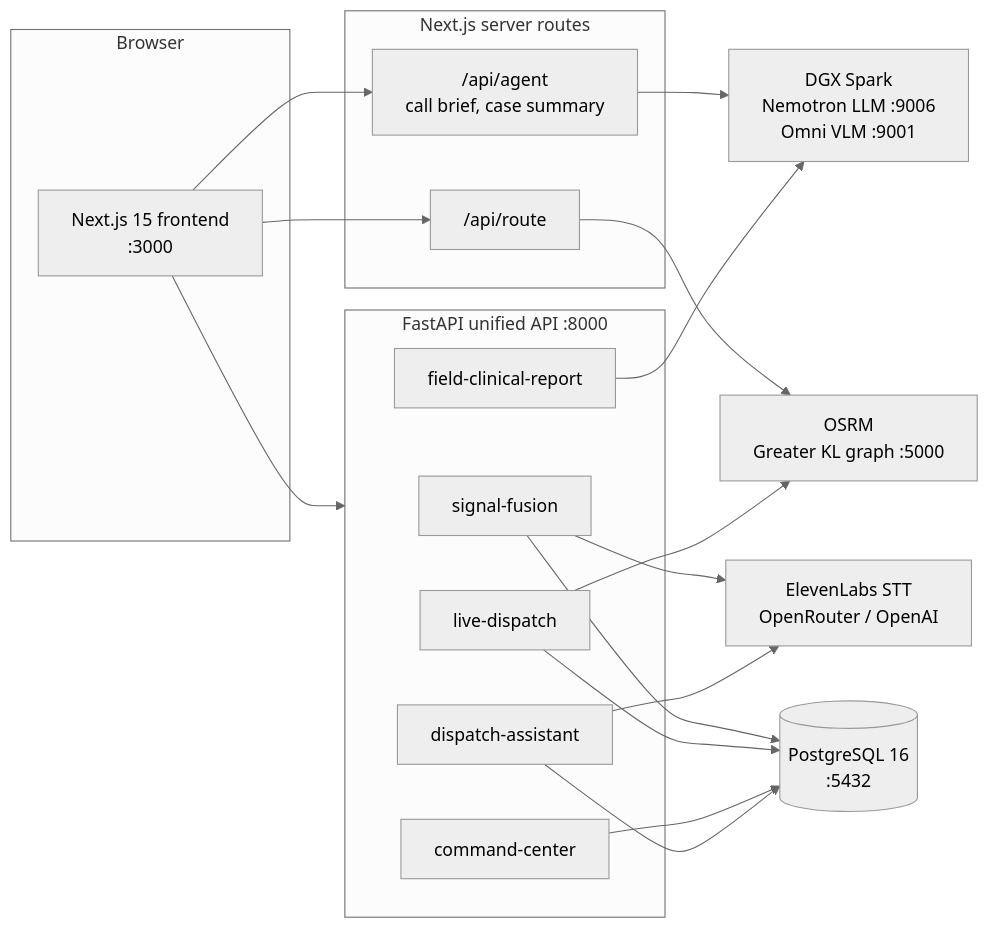
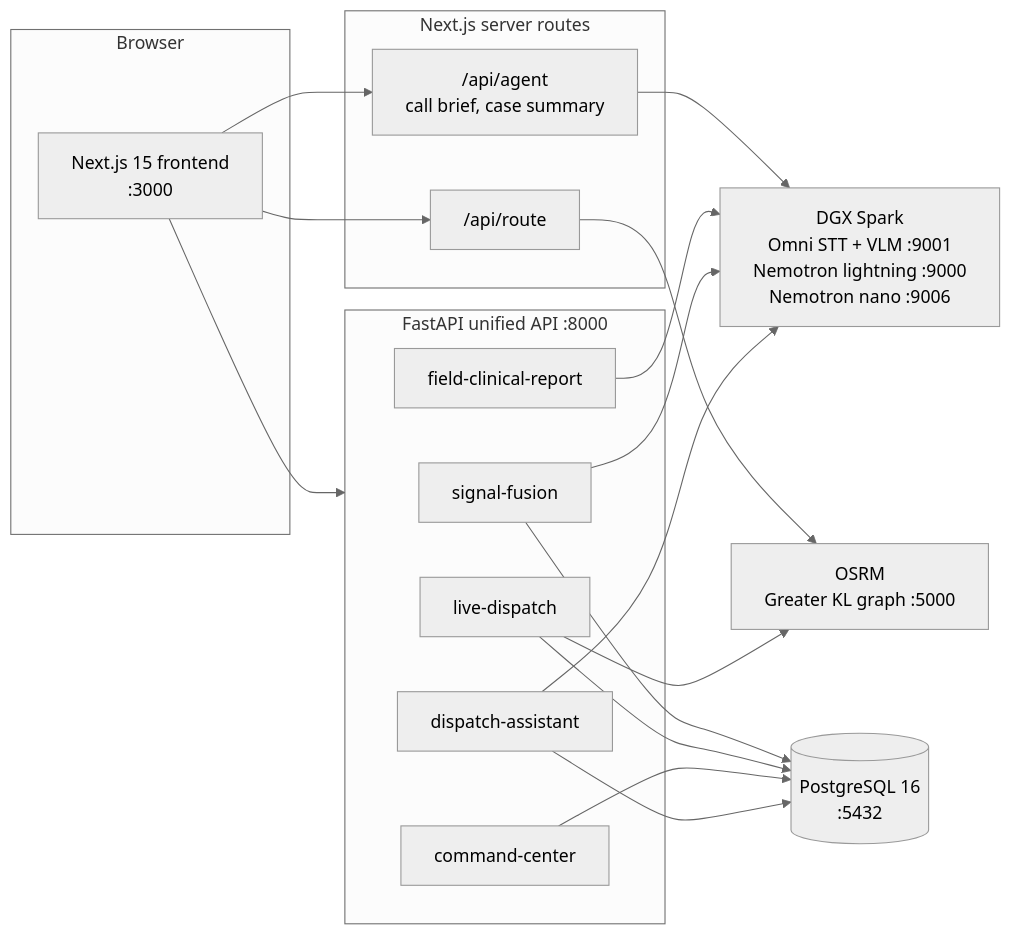
One commit to Karma0151235/GIGABYTExNvidia_Hackathon changed the third of 4 diagrams in README.md. Above: the diagram before and after it, drawn with Mermaid (neutral theme). The commit also changed other lines of this file, not shown here.

Commit message:
docs: update README for DGX Spark model integrations

````diff
--- a/README.md
+++ b/README.md
@@ -64,35 +64,34 @@
 ```mermaid
 flowchart LR
     subgraph Browser
         UI["Next.js 15 frontend<br/>:3000"]
     end
 
     subgraph Next["Next.js server routes"]
         Agent["/api/agent<br/>call brief, case summary"]
         RouteAPI["/api/route"]
     end
 
     subgraph Backend["FastAPI unified API :8000"]
         SF[signal-fusion]
         LD[live-dispatch]
         CC[command-center]
         DA[dispatch-assistant]
         FCR[field-clinical-report]
     end
 
     PG[(PostgreSQL 16<br/>:5432)]
     OSRM["OSRM<br/>Greater KL graph :5000"]
-    DGX["DGX Spark<br/>Nemotron LLM :9006<br/>Omni VLM :9001"]
-    Cloud["ElevenLabs STT<br/>OpenRouter / OpenAI"]
+    DGX["DGX Spark<br/>Omni STT + VLM :9001<br/>Nemotron lightning :9000<br/>Nemotron nano :9006"]
 
     UI --> Backend
     UI --> Agent
     UI --> RouteAPI
     Agent --> DGX
     RouteAPI --> OSRM
     LD --> OSRM
     FCR --> DGX
-    SF --> Cloud
-    DA --> Cloud
+    SF --> DGX
+    DA --> DGX
     SF & LD & CC & DA --> PG
 ```
````
